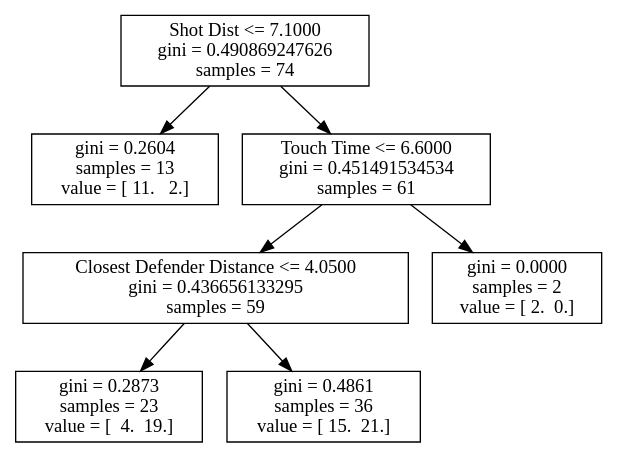
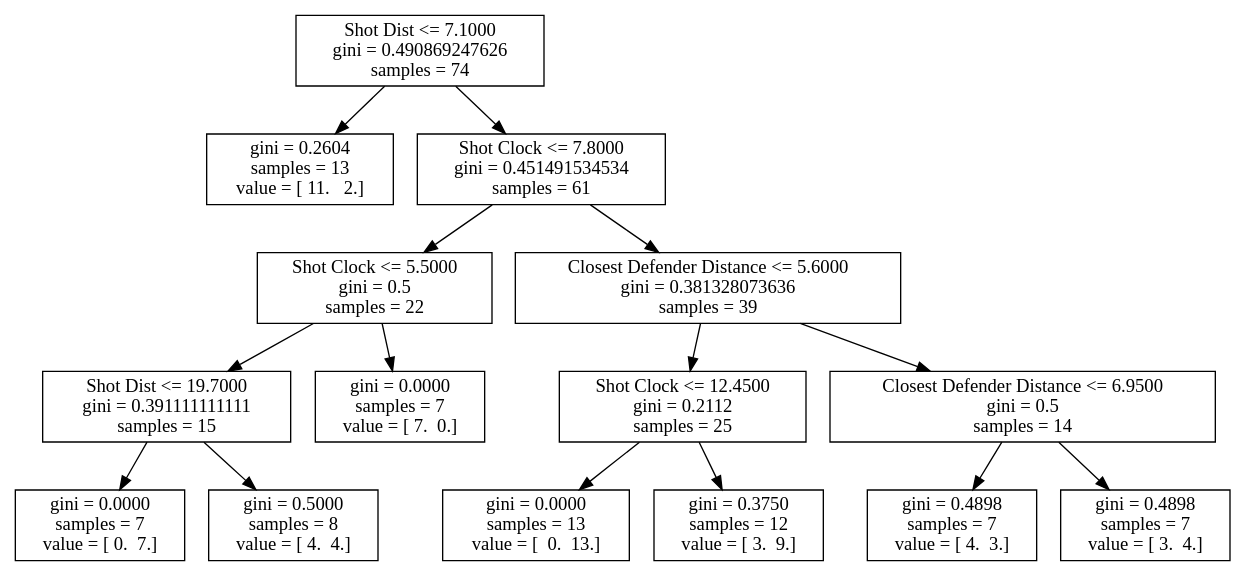
One commit to bveber/Analyze_NBA changed the diagram in david_west.dot. Above: the diagram before and after it, drawn with Graphviz. The commit also changed 63 other files, not shown here.

```diff
--- a/david_west.dot
+++ b/david_west.dot
@@ -1,15 +1,31 @@
 digraph Tree {
 0 [label="Shot Dist <= 7.1000\ngini = 0.490869247626\nsamples = 74", shape="box"] ;
 1 [label="gini = 0.2604\nsamples = 13\nvalue = [ 11.   2.]", shape="box"] ;
 0 -> 1 ;
-2 [label="Touch Time <= 6.6000\ngini = 0.451491534534\nsamples = 61", shape="box"] ;
+2 [label="Shot Clock <= 7.8000\ngini = 0.451491534534\nsamples = 61", shape="box"] ;
 0 -> 2 ;
-3 [label="Closest Defender Distance <= 4.0500\ngini = 0.436656133295\nsamples = 59", shape="box"] ;
+3 [label="Shot Clock <= 5.5000\ngini = 0.5\nsamples = 22", shape="box"] ;
 2 -> 3 ;
-4 [label="gini = 0.2873\nsamples = 23\nvalue = [  4.  19.]", shape="box"] ;
+4 [label="Shot Dist <= 19.7000\ngini = 0.391111111111\nsamples = 15", shape="box"] ;
 3 -> 4 ;
-5 [label="gini = 0.4861\nsamples = 36\nvalue = [ 15.  21.]", shape="box"] ;
-3 -> 5 ;
-6 [label="gini = 0.0000\nsamples = 2\nvalue = [ 2.  0.]", shape="box"] ;
-2 -> 6 ;
+5 [label="gini = 0.0000\nsamples = 7\nvalue = [ 0.  7.]", shape="box"] ;
+4 -> 5 ;
+6 [label="gini = 0.5000\nsamples = 8\nvalue = [ 4.  4.]", shape="box"] ;
+4 -> 6 ;
+7 [label="gini = 0.0000\nsamples = 7\nvalue = [ 7.  0.]", shape="box"] ;
+3 -> 7 ;
+8 [label="Closest Defender Distance <= 5.6000\ngini = 0.381328073636\nsamples = 39", shape="box"] ;
+2 -> 8 ;
+9 [label="Shot Clock <= 12.4500\ngini = 0.2112\nsamples = 25", shape="box"] ;
+8 -> 9 ;
+10 [label="gini = 0.0000\nsamples = 13\nvalue = [  0.  13.]", shape="box"] ;
+9 -> 10 ;
+11 [label="gini = 0.3750\nsamples = 12\nvalue = [ 3.  9.]", shape="box"] ;
+9 -> 11 ;
+12 [label="Closest Defender Distance <= 6.9500\ngini = 0.5\nsamples = 14", shape="box"] ;
+8 -> 12 ;
+13 [label="gini = 0.4898\nsamples = 7\nvalue = [ 4.  3.]", shape="box"] ;
+12 -> 13 ;
+14 [label="gini = 0.4898\nsamples = 7\nvalue = [ 3.  4.]", shape="box"] ;
+12 -> 14 ;
 }
```
